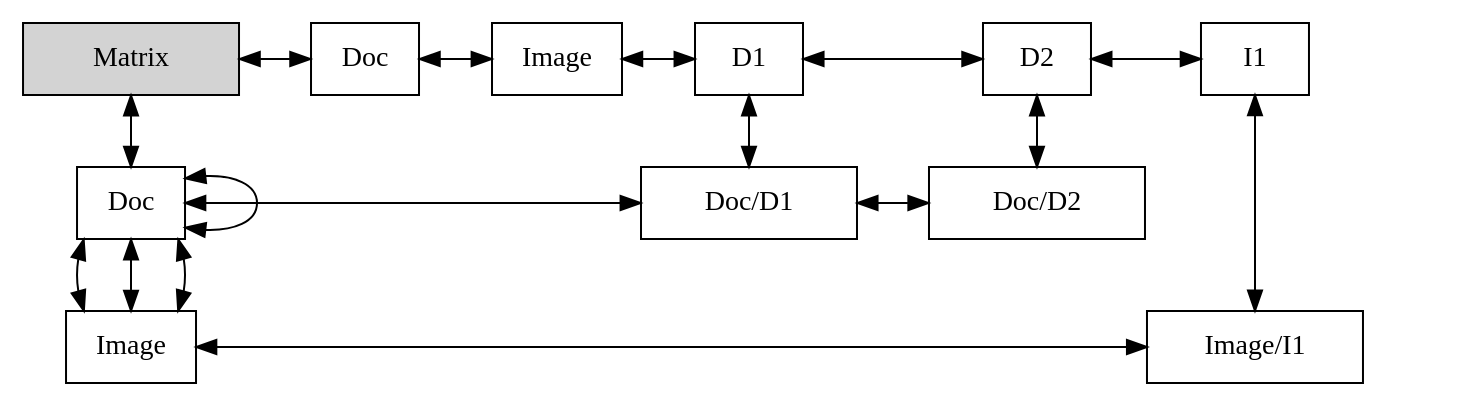
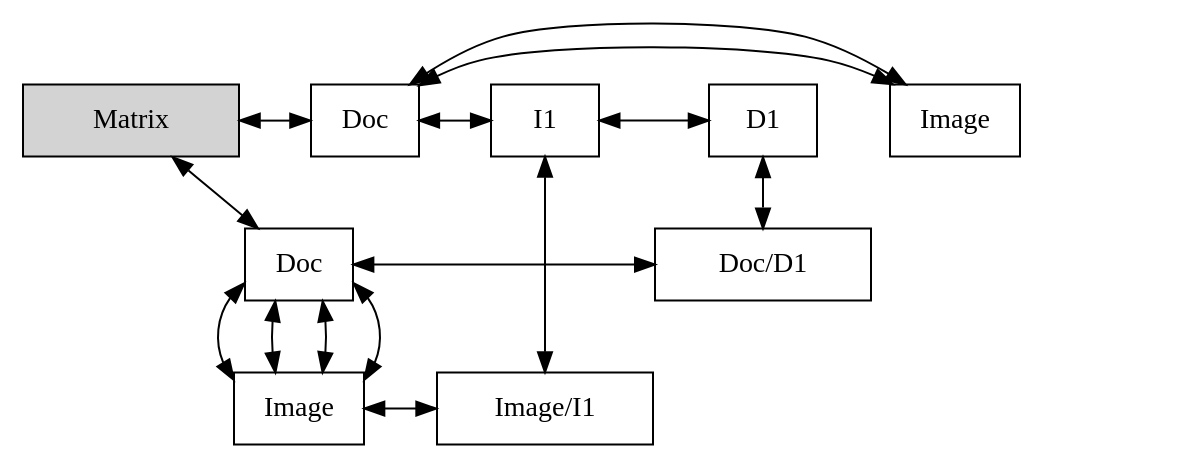
Before and after one commit to EH0809/EDD_2S2019_PY2_201520498: the diagram in MatrixDot.dot, drawn with Graphviz.

```diff
--- a/MatrixDot.dot
+++ b/MatrixDot.dot
@@ -1,44 +1,40 @@
 digraph Sparse_Matrix{
 node [shape=box]
 graph[nodesep = 0.5];
 Terminal [ label = "Matrix", width = 1.5, style = filled, group = 0 ];
 e0[ shape = point, width = 0 ]
 e1[ shape = point, width = 0 ]
 Terminal -> YDoc [dir=both];
 YDoc[label = "Doc " , group =0];
 YDoc-> YImage[dir=both];
 YDoc-> nD1_Doc[dir=both];
 { rank = same; YDoc; nD1_Doc }
-nD1_Doc-> nD2_Doc[dir=both];
-{ rank = same; nD1_Doc; nD2_Doc }
 YImage[label = "Image " , group =0];
 YImage-> YDoc[dir=both];
 YImage-> nI1_Image[dir=both];
 { rank = same; YImage; nI1_Image }
 YDoc[label = "Doc " , group =0];
-YDoc-> YDoc[dir=both];
-YDoc[label = "Doc " , group =0];
 YDoc-> YImage[dir=both];
-YImage[label = "Image " ,group =X0];
+YImage[label = "Image " , group =0];
+YImage-> YDoc[dir=both];
+YDoc[label = "Doc " ,group =X0];
 Terminal -> XDoc [dir=both];
 XDoc[label = "Doc "  , group = XDoc];
 XDoc-> XImage[dir=both];
 { rank = same; Terminal; XDoc }
 XImage[label = "Image "  , group = XImage];
-XImage-> XD1[dir=both];
+XImage-> XDoc[dir=both];
 { rank = same; Terminal; XImage }
-XD1[label = "D1 "  , group = XD1];
-XD1-> XD2[dir=both];
+XDoc[label = "Doc "  , group = XDoc];
+XDoc-> XI1[dir=both];
+{ rank = same; Terminal; XDoc }
+XI1[label = "I1 "  , group = XI1];
+XI1-> XD1[dir=both];
+{ rank = same; Terminal; XI1 }
+nI1_Image[label = "Image/I1 "   width = 1.5, group =XI1];
+XI1->nI1_Image[dir=both];
+XD1[label = "D1 " , group =XD1];
 { rank = same; Terminal; XD1 }
 nD1_Doc[label = "Doc/D1 "   width = 1.5, group =XD1];
-XD1->nD1_Doc[dir=both];
-XD2[label = "D2 "  , group = XD2];
-XD2-> XI1[dir=both];
-{ rank = same; Terminal; XD2 }
-nD2_Doc[label = "Doc/D2 "   width = 1.5, group =XD2];
-XD2->nD2_Doc[dir=both];
-XI1[label = "I1 " , group =XI1];
-{ rank = same; Terminal; XI1 }
-nI1_Image[label = "Image/I1 "   width = 1.5, group =XI1];
-XI1-> nI1_Image[dir=both];
+XD1-> nD1_Doc[dir=both];
 }
```
